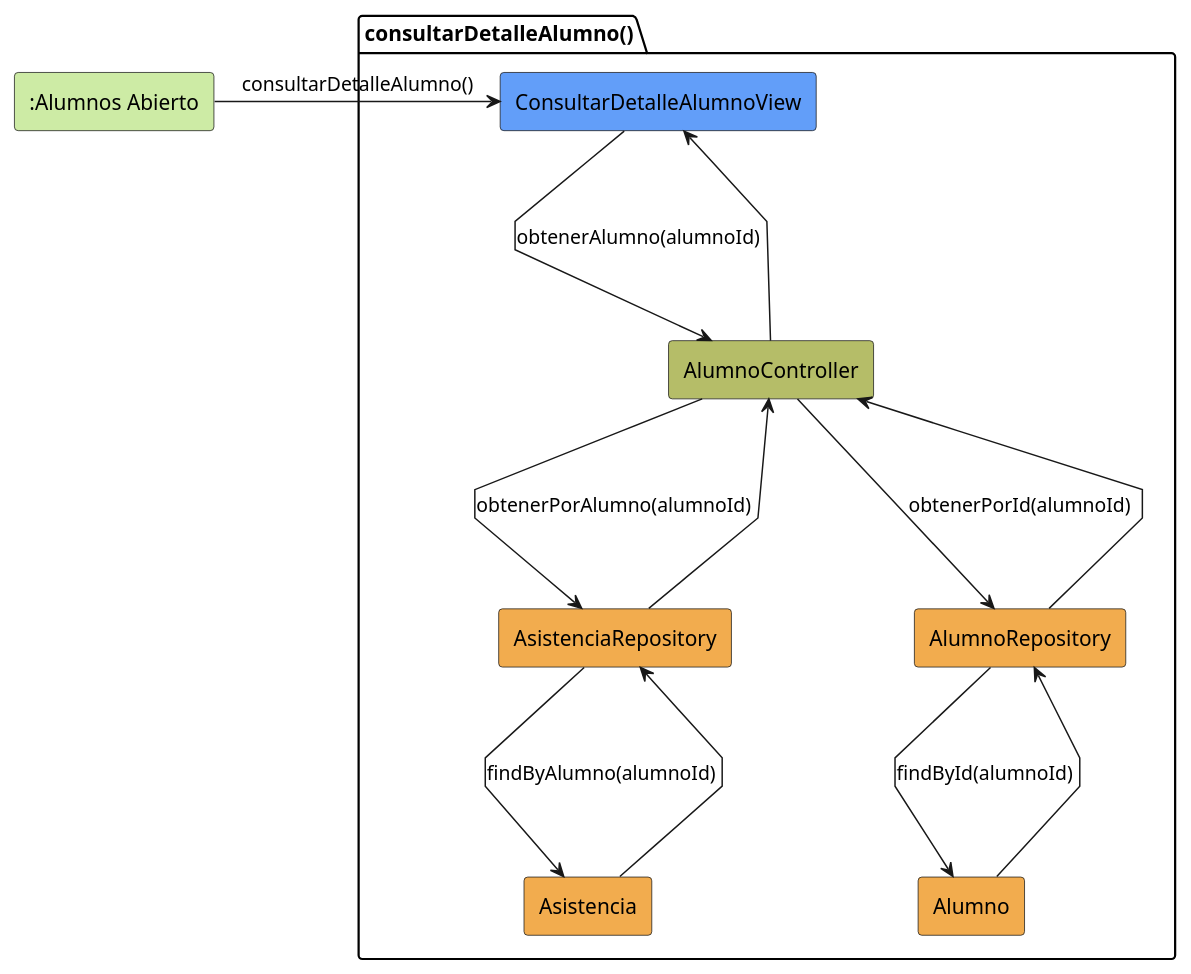
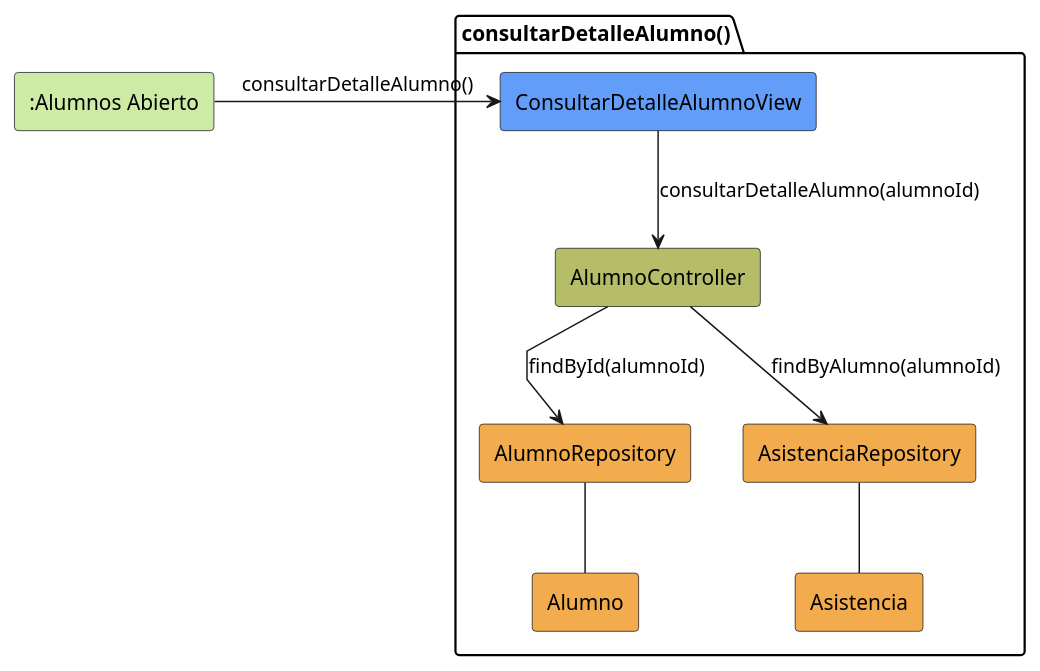
One commit to jerdier/25-26-idsw2-sdVC changed the diagram in modelosUML/analisis/consultarDetalleAlumno/colaboracion.puml. Above: the diagram before and after it, drawn with PlantUML. The commit also changed 83 other files, not shown here.

```diff
--- a/modelosUML/analisis/consultarDetalleAlumno/colaboracion.puml
+++ b/modelosUML/analisis/consultarDetalleAlumno/colaboracion.puml
@@ -1,26 +1,21 @@
 @startuml consultarDetalleAlumno-analisis
 skinparam linetype polyline
 
 rectangle #CDEBA5 ":Alumnos Abierto" as AlumnosAbierto
 
 package consultarDetalleAlumno as "consultarDetalleAlumno()" {
     rectangle #629EF9 ConsultarDetalleAlumnoView
     rectangle #b5bd68 AlumnoController
     rectangle #F2AC4E AlumnoRepository
     rectangle #F2AC4E AsistenciaRepository
     rectangle #F2AC4E Alumno
     rectangle #F2AC4E Asistencia
 }
 
 AlumnosAbierto -r-> ConsultarDetalleAlumnoView: consultarDetalleAlumno()
-ConsultarDetalleAlumnoView -d-> AlumnoController: obtenerAlumno(alumnoId)
-AlumnoController -d-> AlumnoRepository: obtenerPorId(alumnoId)
-AlumnoRepository -d-> Alumno: findById(alumnoId)
-Alumno --u-> AlumnoRepository
-AlumnoRepository --u-> AlumnoController
-AlumnoController -d-> AsistenciaRepository: obtenerPorAlumno(alumnoId)
-AsistenciaRepository -d-> Asistencia: findByAlumno(alumnoId)
-Asistencia --u-> AsistenciaRepository
-AsistenciaRepository --u-> AlumnoController
-AlumnoController --u-> ConsultarDetalleAlumnoView
+ConsultarDetalleAlumnoView -d-> AlumnoController: consultarDetalleAlumno(alumnoId)
+AlumnoController --> AlumnoRepository: findById(alumnoId)
+AlumnoRepository -- Alumno
+AlumnoController --> AsistenciaRepository: findByAlumno(alumnoId)
+AsistenciaRepository -- Asistencia
 @enduml
```
